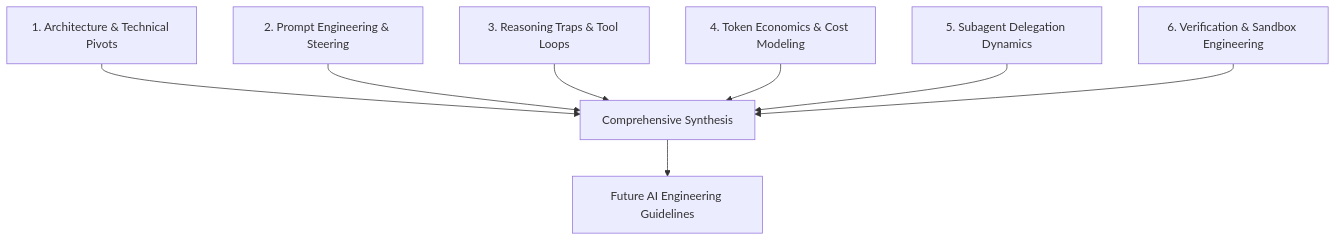
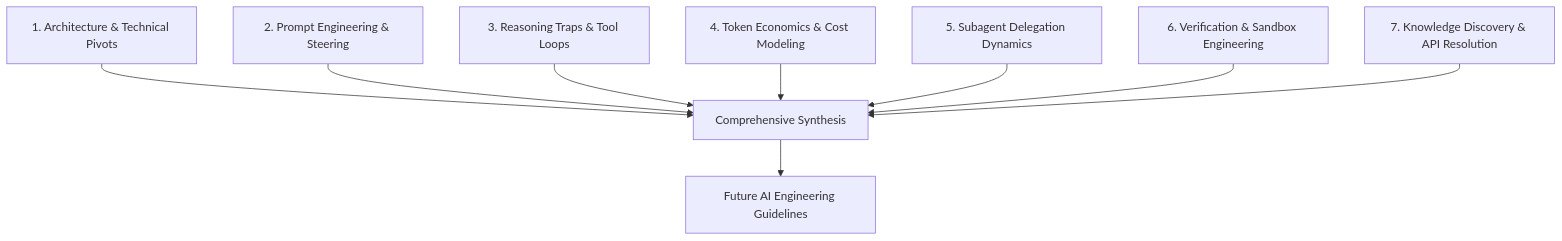
Before and after one commit to mattshepcar/VSOnDemandSymbols: the first of 2 diagrams in chat_history/ANALYSIS_PLAN.md, drawn with Mermaid. The commit also changed other lines of this file and 2 other files, not shown here.

Commit message:
docs(analysis): add Dimension 7 (Knowledge Discovery) report and update plan/playbook

````diff
--- a/chat_history/ANALYSIS_PLAN.md
+++ b/chat_history/ANALYSIS_PLAN.md
@@ -71,10 +71,11 @@
 ```mermaid
 flowchart TD
     D1["1. Architecture & Technical Pivots"] --> Plan["Comprehensive Synthesis"]
     D2["2. Prompt Engineering & Steering"] --> Plan
     D3["3. Reasoning Traps & Tool Loops"] --> Plan
     D4["4. Token Economics & Cost Modeling"] --> Plan
     D5["5. Subagent Delegation Dynamics"] --> Plan
     D6["6. Verification & Sandbox Engineering"] --> Plan
+    D7["7. Knowledge Discovery & API Resolution"] --> Plan
     Plan --> Guidelines["Future AI Engineering Guidelines"]
 ```
````
